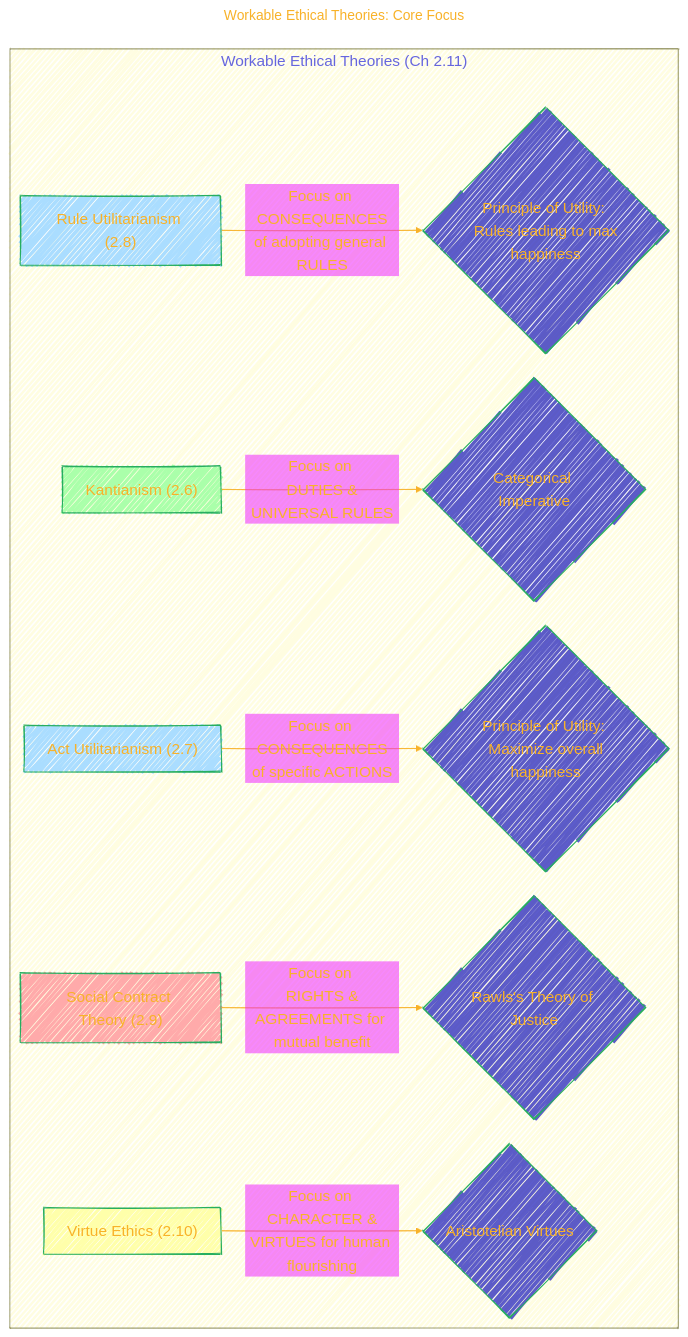
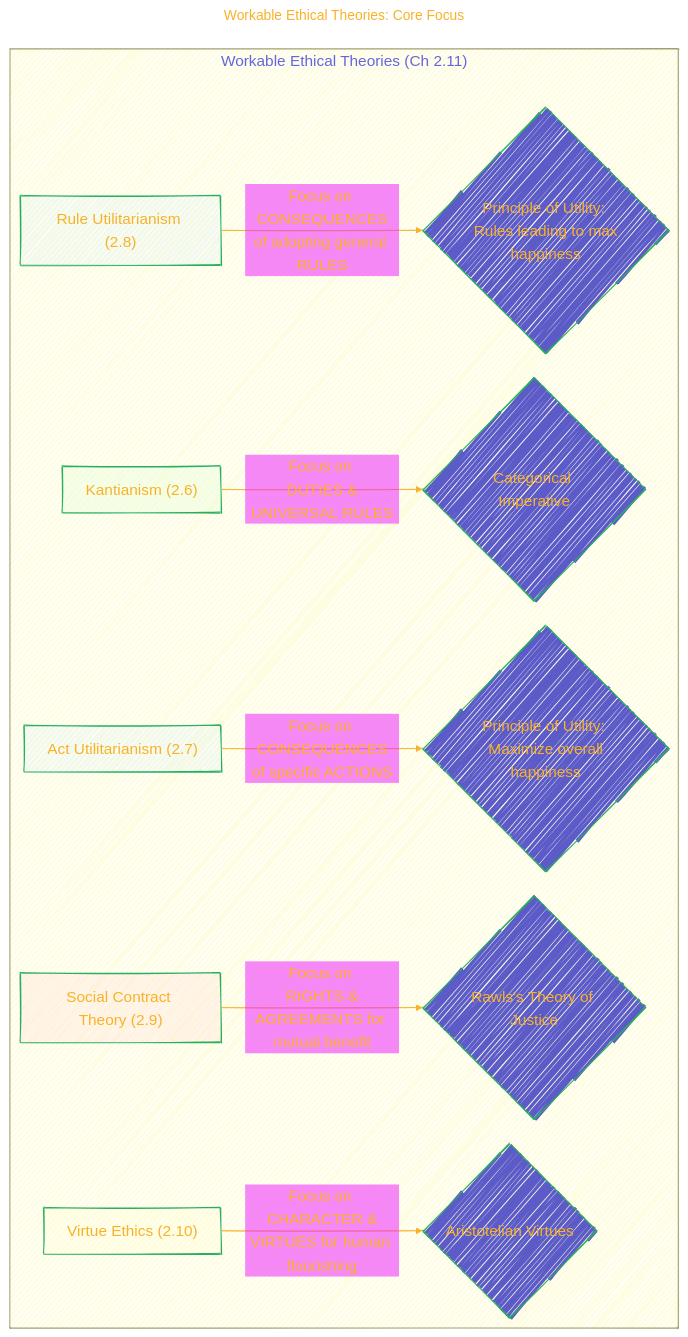
Before and after one commit to CongLeSolutionX/LegalLens: the fifth of 13 diagrams in BOOK_Ethics_for_ the_Information_Age_8th_E_by_Michael_J_Quinn/BOOK_Ethics_for_ the_Information_Age_8th_E_by_Michael_J_Quinn.md, drawn with Mermaid.

Commit message:
Update BOOK_Ethics_for_ the_Information_Age_8th_E_by_Michael_J_Quinn.md

````diff
--- a/BOOK_Ethics_for_ the_Information_Age_8th_E_by_Michael_J_Quinn/BOOK_Ethics_for_ the_Information_Age_8th_E_by_Michael_J_Quinn.md
+++ b/BOOK_Ethics_for_ the_Information_Age_8th_E_by_Michael_J_Quinn/BOOK_Ethics_for_ the_Information_Age_8th_E_by_Michael_J_Quinn.md
@@ -456,48 +456,48 @@
 ```mermaid
 ---
 title: "Workable Ethical Theories: Core Focus"
 author: "Cong Le"
 version: "1.0"
 license(s): "MIT, CC BY-SA 4.0"
 copyright: "Copyright (c) 2025 Cong Le. All Rights Reserved."
 config:
   layout: elk
   theme: base
   look: handDrawn
 ---
 %%%%%%%% Mermaid version v11.4.1-b.14
 %%%%%%%% Available curve styles include the following keywords:
 %% basis, bumpX, bumpY, cardinal, catmullRom, linear, monotoneX, monotoneY, natural, step, stepAfter, stepBefore.
 %%{
   init: {
     'flowchart': { 'htmlLabels': true, 'curve': 'basis' },
     'fontFamily': 'American Typewriter, monospace',
     'logLevel': 'fatal',
     'themeVariables': {
       'primaryColor': '#22BB',
       'primaryTextColor': '#F8B229',
       'lineColor': '#F8B229',
       'primaryBorderColor': '#27AE60',
       'secondaryColor': '#E2F1',
       'secondaryTextColor': '#6C3483',
       'secondaryBorderColor': '#A569BD',
       'fontSize': '20px'
     }
   }
 }%%
 flowchart LR
     subgraph WorkableEthicalTheories["Workable Ethical Theories (Ch 2.11)"]
 	style WorkableEthicalTheories fill:#FE22
         KANT["Kantianism (2.6)"] -- "Focus on <br/> DUTIES & UNIVERSAL RULES" --> K_CI{"Categorical Imperative"}
         ACTU["Act Utilitarianism (2.7)"] -- "Focus on <br/> CONSEQUENCES of specific ACTIONS" --> AU_PU{"Principle of Utility: <br> Maximize overall happiness"}
         RULEU["Rule Utilitarianism (2.8)"] -- "Focus on <br/> CONSEQUENCES of adopting general RULES" --> RU_PU{"Principle of Utility: <br> Rules leading to max happiness"}
         SCT["Social Contract Theory (2.9)"] -- "Focus on <br/> RIGHTS & AGREEMENTS for mutual benefit" --> SCT_RAWLS{Rawls's Theory of Justice}
         VE["Virtue Ethics (2.10)"] -- "Focus on <br/> CHARACTER & VIRTUES for human flourishing" --> VE_ARISTOTLE{"Aristotelian Virtues"}
     end
 
-    style KANT fill:#aaffaa
-    style ACTU fill:#aaddff
-    style RULEU fill:#aaddff
-    style SCT fill:#ffaaaa
-    style VE fill:#ffffaa
+    style KANT fill:#afa2
+    style ACTU fill:#adf2
+    style RULEU fill:#adf2
+    style SCT fill:#faa2
+    style VE fill:#ffa2
 ```
````
